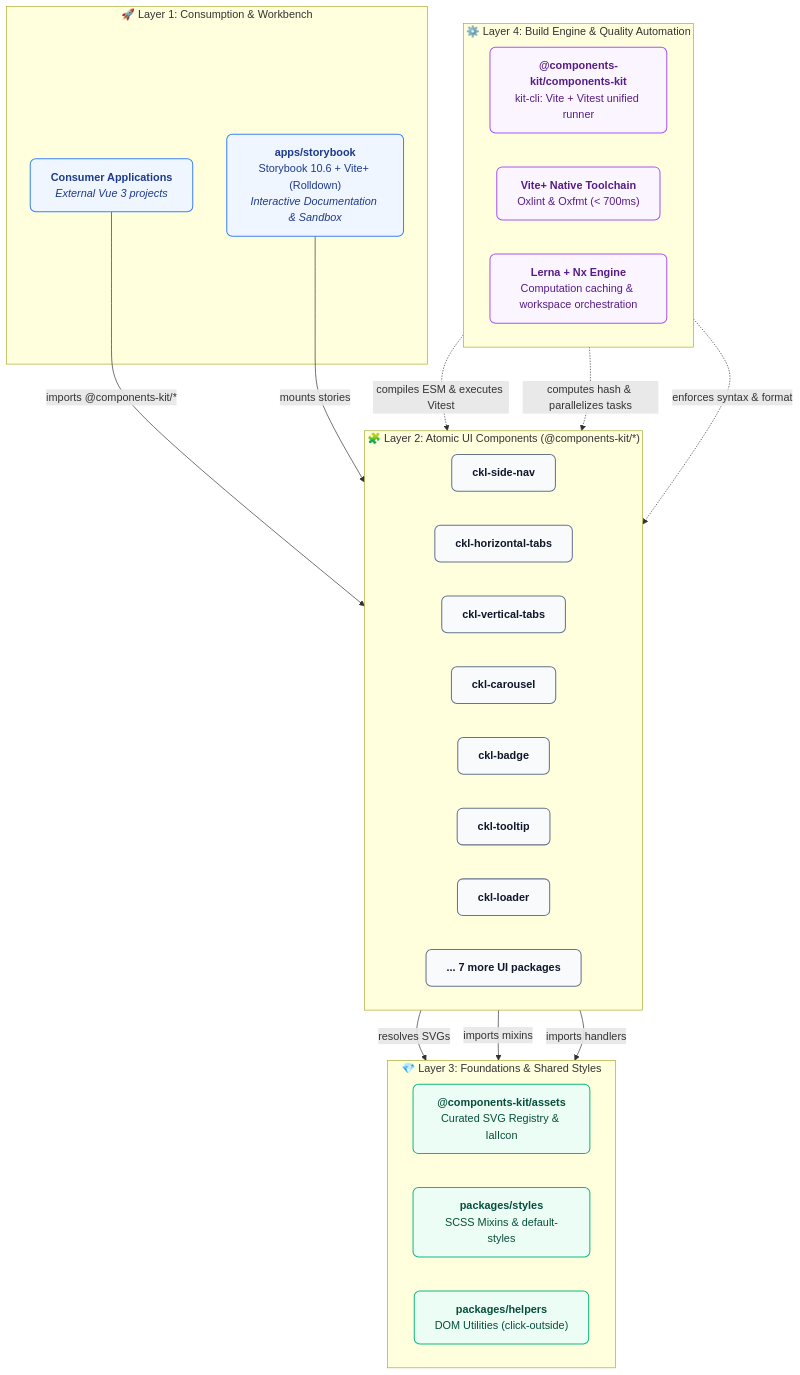
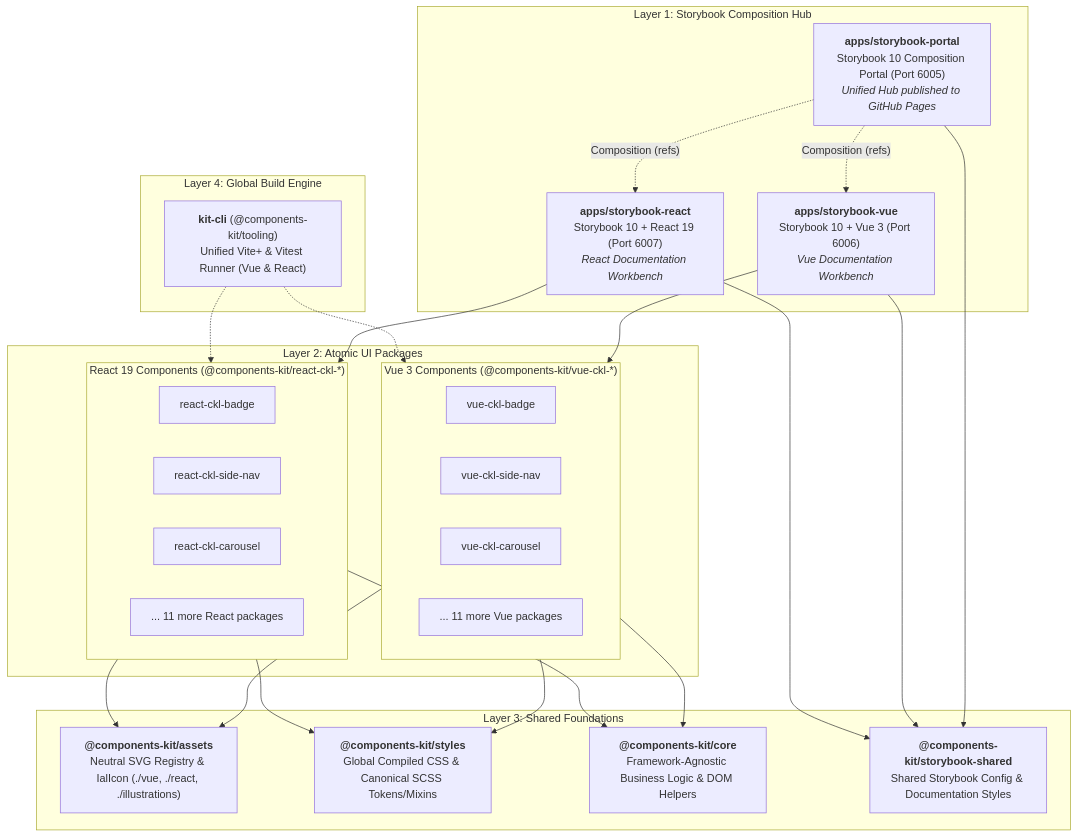
The diagram in README.md (nelomr/components-kit), drawn with Mermaid before and after one commit. The commit also changed other lines of this file and 388 other files, not shown here.

First line of the commit message:
feat(monorepo): introduce multi-framework architecture with vue 3 and react 19

````diff
--- a/README.md
+++ b/README.md
@@ -106,52 +109,50 @@
 ```mermaid
 graph TD
-    subgraph L1 ["🚀 Layer 1: Consumption & Workbench"]
-        SB["<b>apps/storybook</b><br/>Storybook 10.6 + Vite+ (Rolldown)<br/><i>Interactive Documentation & Sandbox</i>"]
-        EXT["<b>Consumer Applications</b><br/><i>External Vue 3 projects</i>"]
+    subgraph L1 ["Layer 1: Storybook Composition Hub"]
+        SB_PORTAL["<b>apps/storybook-portal</b><br/>Storybook 10 Composition Portal (Port 6005)<br/><i>Unified Hub published to GitHub Pages</i>"]
+        SB_VUE["<b>apps/storybook-vue</b><br/>Storybook 10 + Vue 3 (Port 6006)<br/><i>Vue Documentation Workbench</i>"]
+        SB_REACT["<b>apps/storybook-react</b><br/>Storybook 10 + React 19 (Port 6007)<br/><i>React Documentation Workbench</i>"]
     end
 
-    subgraph L2 ["🧩 Layer 2: Atomic UI Components (@components-kit/*)"]
-        direction LR
-        C1["<b>ckl-side-nav</b>"]
-        C2["<b>ckl-horizontal-tabs</b>"]
-        C3["<b>ckl-vertical-tabs</b>"]
-        C4["<b>ckl-carousel</b>"]
-        C5["<b>ckl-badge</b>"]
-        C6["<b>ckl-tooltip</b>"]
-        C7["<b>ckl-loader</b>"]
-        C8["<b>... 7 more UI packages</b>"]
+    subgraph L2 ["Layer 2: Atomic UI Packages"]
+        subgraph VUE_PKGS ["Vue 3 Components (@components-kit/vue-ckl-*)"]
+            V1["vue-ckl-badge"]
+            V2["vue-ckl-side-nav"]
+            V3["vue-ckl-carousel"]
+            V4["... 11 more Vue packages"]
+        end
+        subgraph REACT_PKGS ["React 19 Components (@components-kit/react-ckl-*)"]
+            R1["react-ckl-badge"]
+            R2["react-ckl-side-nav"]
+            R3["react-ckl-carousel"]
+            R4["... 11 more React packages"]
+        end
     end
 
-    subgraph L3 ["💎 Layer 3: Foundations & Shared Styles"]
-        direction LR
-        AST["<b>@components-kit/assets</b><br/>Curated SVG Registry & IalIcon"]
-        STY["<b>packages/styles</b><br/>SCSS Mixins & default-styles"]
-        HLP["<b>packages/helpers</b><br/>DOM Utilities (click-outside)"]
+    subgraph L3 ["Layer 3: Shared Foundations"]
+        AST["<b>@components-kit/assets</b><br/>Neutral SVG Registry & IalIcon (./vue, ./react, ./illustrations)"]
+        STY["<b>@components-kit/styles</b><br/>Global Compiled CSS & Canonical SCSS Tokens/Mixins"]
+        HLP["<b>@components-kit/core</b><br/>Framework-Agnostic Business Logic & DOM Helpers"]
+        SBS["<b>@components-kit/storybook-shared</b><br/>Shared Storybook Config & Documentation Styles"]
     end
 
-    subgraph L4 ["⚙️ Layer 4: Build Engine & Quality Automation"]
-        direction LR
-        CLI["<b>@components-kit/components-kit</b><br/>kit-cli: Vite + Vitest unified runner"]
-        VP["<b>Vite+ Native Toolchain</b><br/>Oxlint & Oxfmt (< 700ms)"]
-        NX["<b>Lerna + Nx Engine</b><br/>Computation caching & workspace orchestration"]
+    subgraph L4 ["Layer 4: Global Build Engine"]
+        CLI["<b>kit-cli</b> (@components-kit/tooling)<br/>Unified Vite+ & Vitest Runner (Vue & React)"]
     end
 
-    EXT -->|imports @components-kit/*| L2
-    SB -->|mounts stories| L2
-    L2 -->|resolves SVGs| AST
-    L2 -->|imports mixins| STY
-    L2 -->|imports handlers| HLP
-    CLI -.->|compiles ESM & executes Vitest| L2
-    NX -.->|computes hash & parallelizes tasks| L2
-    VP -.->|enforces syntax & format| L2
-
-    classDef appLayer fill:#eff6ff,stroke:#3b82f6,stroke-width:1.5px,color:#1e3a8a,rx:8px,ry:8px;
-    classDef compLayer fill:#f8fafc,stroke:#64748b,stroke-width:1.5px,color:#0f172a,rx:8px,ry:8px;
-    classDef foundLayer fill:#ecfdf5,stroke:#10b981,stroke-width:1.5px,color:#064e3b,rx:8px,ry:8px;
-    classDef toolLayer fill:#faf5ff,stroke:#a855f7,stroke-width:1.5px,color:#581c87,rx:8px,ry:8px;
-
-    class SB,EXT appLayer;
-    class C1,C2,C3,C4,C5,C6,C7,C8 compLayer;
-    class AST,STY,HLP foundLayer;
-    class CLI,VP,NX toolLayer;
+    SB_PORTAL -. "Composition (refs)" .-> SB_VUE
+    SB_PORTAL -. "Composition (refs)" .-> SB_REACT
+    SB_PORTAL --> SBS
+    SB_VUE --> SBS
+    SB_REACT --> SBS
+    SB_VUE --> VUE_PKGS
+    SB_REACT --> REACT_PKGS
+    VUE_PKGS --> AST
+    VUE_PKGS --> STY
+    VUE_PKGS --> HLP
+    REACT_PKGS --> AST
+    REACT_PKGS --> STY
+    REACT_PKGS --> HLP
+    CLI -.-> VUE_PKGS
+    CLI -.-> REACT_PKGS
 ```
````
